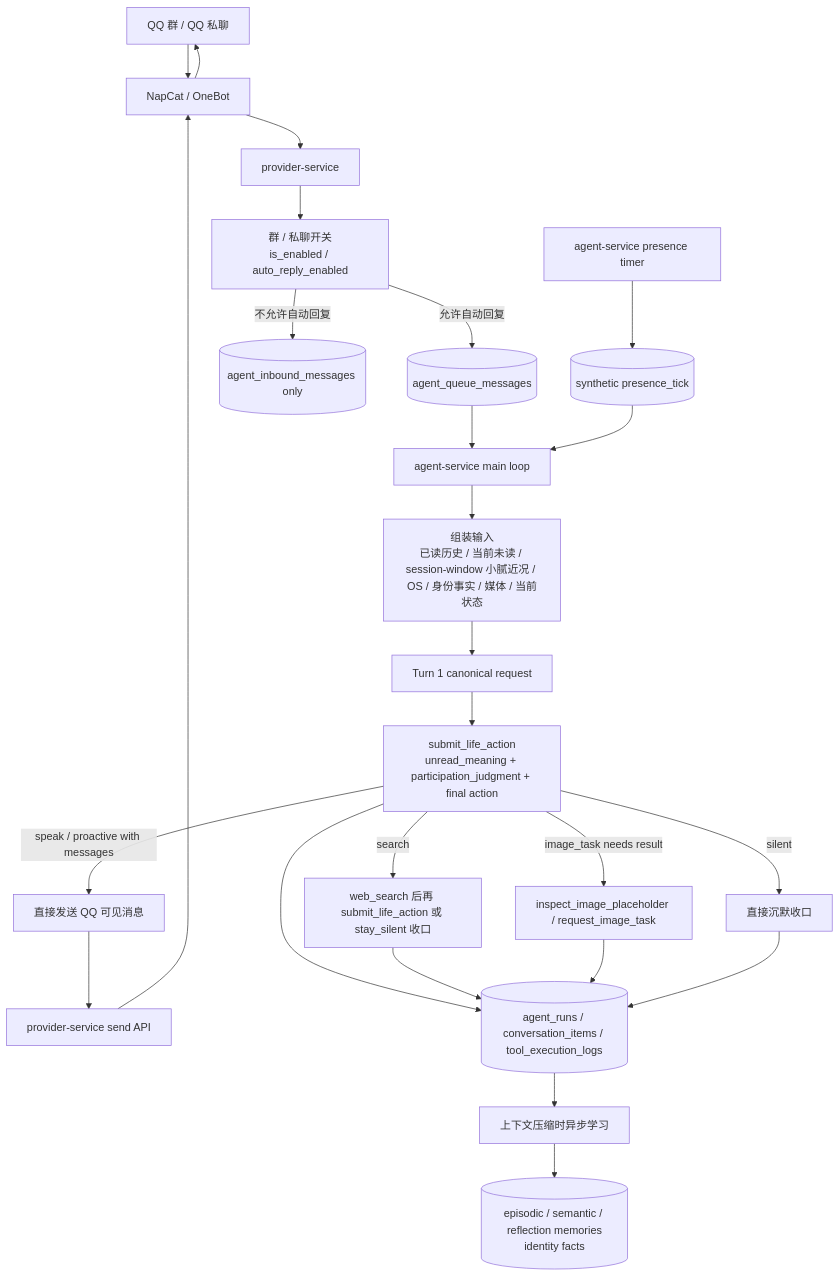
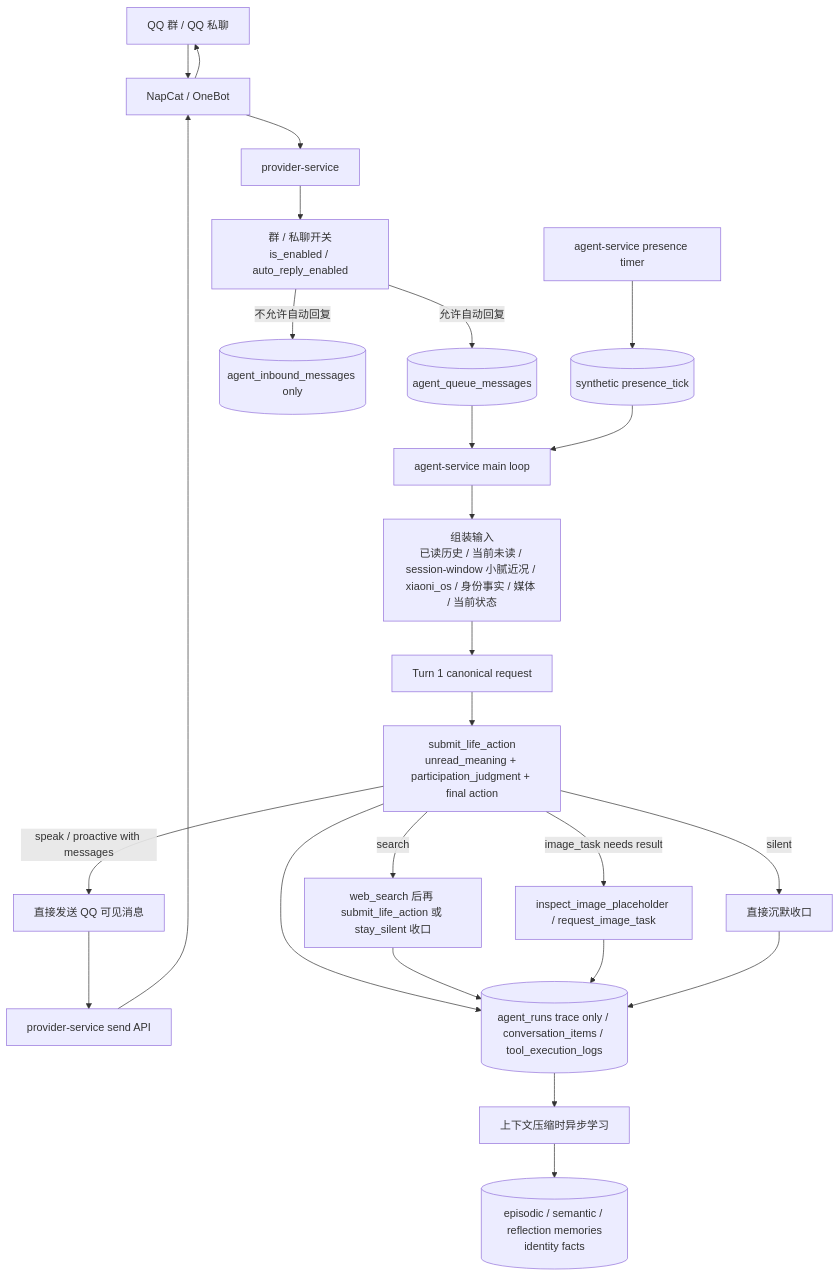
Before and after one commit to Hei-AI/xiaoni_cc: the first of 3 diagrams in docs/XIAONI_SPEAKING_FLOW.md, drawn with Mermaid. The commit also changed other lines of this file and 24 other files, not shown here.

First line of the commit message:
feat(agent-service): add Xiaoni energy and QQ usage runtime

````diff
--- a/docs/XIAONI_SPEAKING_FLOW.md
+++ b/docs/XIAONI_SPEAKING_FLOW.md
@@ -13,32 +13,32 @@
 ```mermaid
 flowchart TD
   QQ[QQ 群 / QQ 私聊] --> NapCat[NapCat / OneBot]
   NapCat --> Provider[provider-service]
 
   Provider --> Policy[群 / 私聊开关<br/>is_enabled / auto_reply_enabled]
   Policy -->|允许自动回复| Queue[(agent_queue_messages)]
   Policy -->|不允许自动回复| InboxOnly[(agent_inbound_messages only)]
 
   Queue --> Loop[agent-service main loop]
-  Loop --> Context[组装输入<br/>已读历史 / 当前未读 / session-window 小腻近况 / OS / 身份事实 / 媒体 / 当前状态]
+  Loop --> Context[组装输入<br/>已读历史 / 当前未读 / session-window 小腻近况 / xiaoni_os / 身份事实 / 媒体 / 当前状态]
   Context --> Request[Turn 1 canonical request]
   Request --> LifeAction[submit_life_action<br/>unread_meaning + participation_judgment + final action]
 
   LifeAction -->|speak / proactive with messages| Send[直接发送 QQ 可见消息]
   LifeAction -->|silent| Silent[直接沉默收口]
   LifeAction -->|search| Search[web_search 后再 submit_life_action 或 stay_silent 收口]
   LifeAction -->|image_task needs result| ImageTools[inspect_image_placeholder / request_image_task]
 
   Send --> ProviderSend[provider-service send API]
   ProviderSend --> NapCat --> QQ
 
-  LifeAction --> Record[(agent_runs / conversation_items / tool_execution_logs)]
+  LifeAction --> Record[(agent_runs trace only / conversation_items / tool_execution_logs)]
   Search --> Record
   ImageTools --> Record
   Silent --> Record
   Record --> Learn[上下文压缩时异步学习]
   Learn --> Memory[(episodic / semantic / reflection memories<br/>identity facts)]
 
   AgentTimer[agent-service presence timer] --> PresenceQueue[(synthetic presence_tick)]
   PresenceQueue --> Loop
 ```
````
